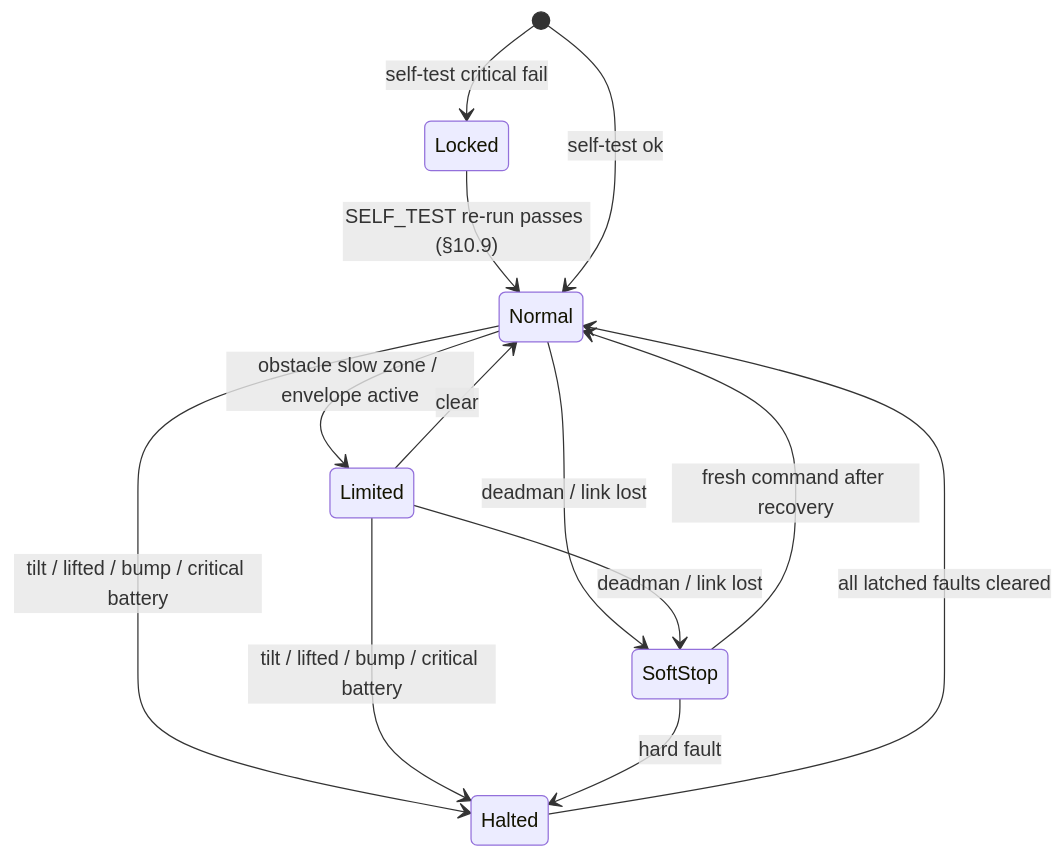
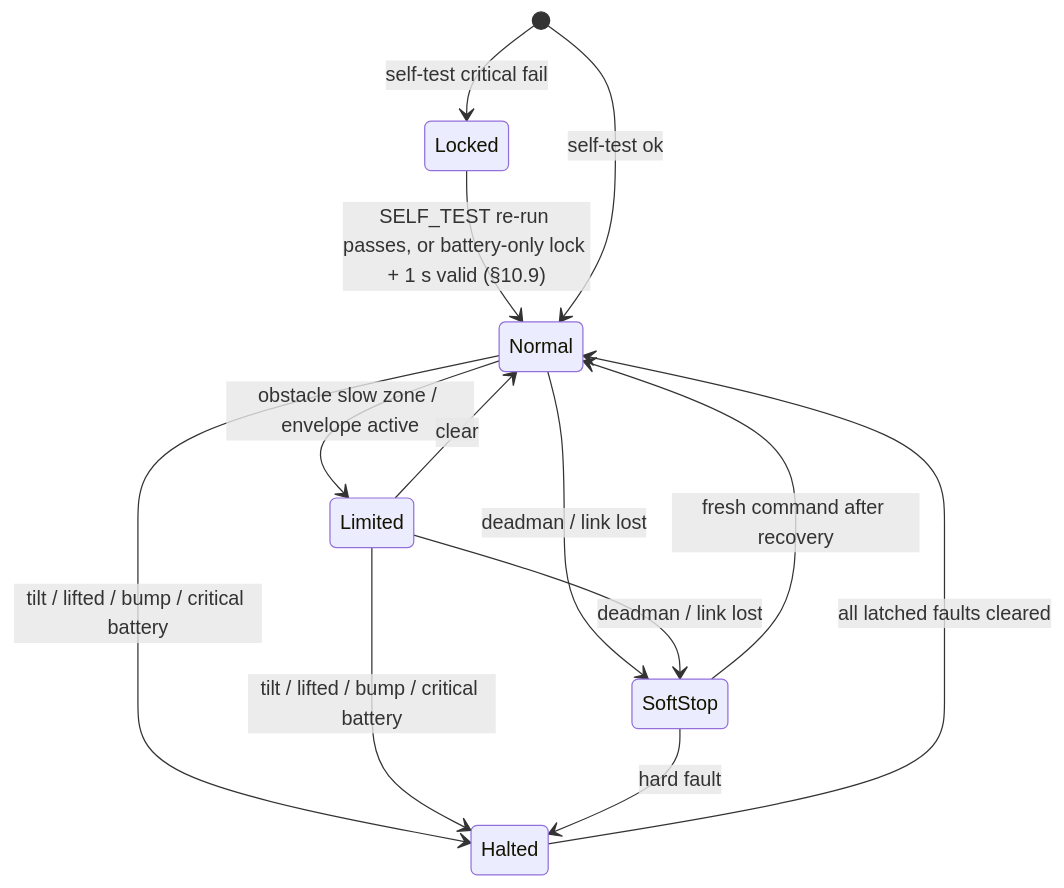
Before and after one commit to mannuray/conqueror: the ninth of 32 diagrams in docs/lld/uno-firmware-lld.md, drawn with Mermaid. The commit also changed other lines of this file and 3 other files, not shown here.

Commit message:
docs(plan-b): battery-only self-test lock clears automatically

````diff
--- a/docs/lld/uno-firmware-lld.md
+++ b/docs/lld/uno-firmware-lld.md
@@ -549,15 +549,15 @@
 ```mermaid
 stateDiagram-v2
     [*] --> Locked : self-test critical fail
-    Locked --> Normal : SELF_TEST re-run passes (§10.9)
+    Locked --> Normal : SELF_TEST re-run passes, or battery-only lock + 1 s valid (§10.9)
     [*] --> Normal : self-test ok
     Normal --> Limited : obstacle slow zone / envelope active
     Limited --> Normal : clear
     Normal --> SoftStop : deadman / link lost
     Limited --> SoftStop : deadman / link lost
     SoftStop --> Normal : fresh command after recovery
     Normal --> Halted : tilt / lifted / bump / critical battery
     Limited --> Halted : tilt / lifted / bump / critical battery
     SoftStop --> Halted : hard fault
     Halted --> Normal : all latched faults cleared
 ```
````
